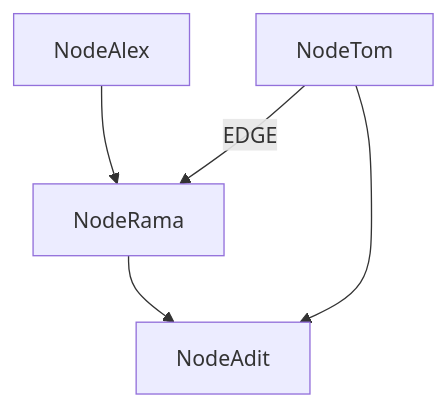
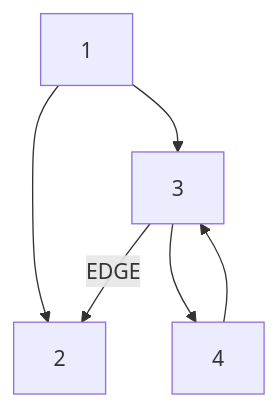
The first of 3 diagrams in DataStructures/5-Graphs.md (Hsuning/AlgorithmsNotes), drawn with Mermaid before and after one commit. The commit also changed other lines of this file and 5 other files, not shown here.

````diff
--- a/DataStructures/5-Graphs.md
+++ b/DataStructures/5-Graphs.md
@@ -5,7 +17,8 @@
 ```mermaid
-  graph TD;
-      NodeAlex-->NodeRama;
-      NodeTom-->|EDGE| NodeRama;
-      NodeRama-->NodeAdit;
-      NodeTom-->NodeAdit;
+  flowchart TD;
+      1-->2;
+      1-->3;
+      3-->|EDGE| 2;
+      3-->4;
+      4-->3;
 ```
````
